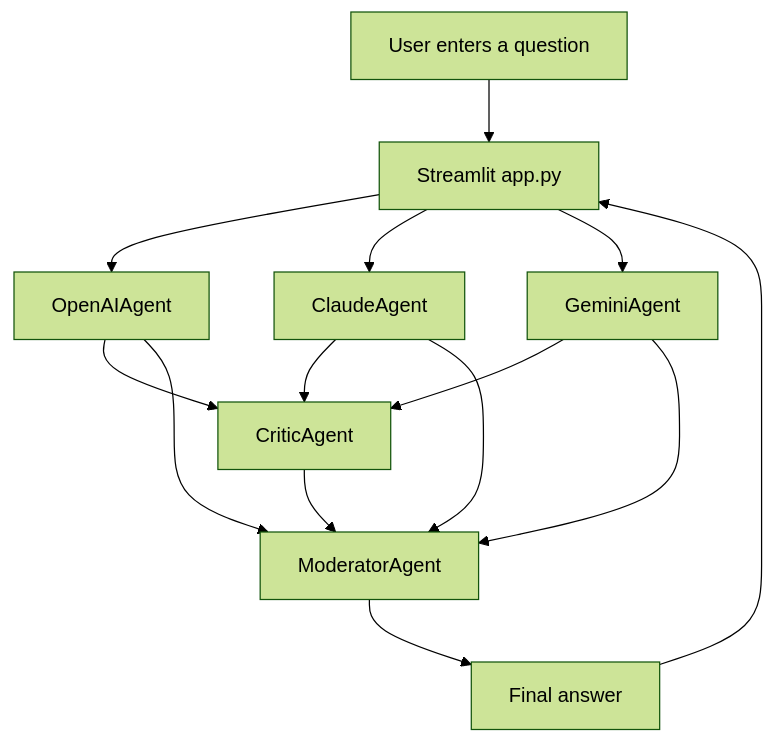
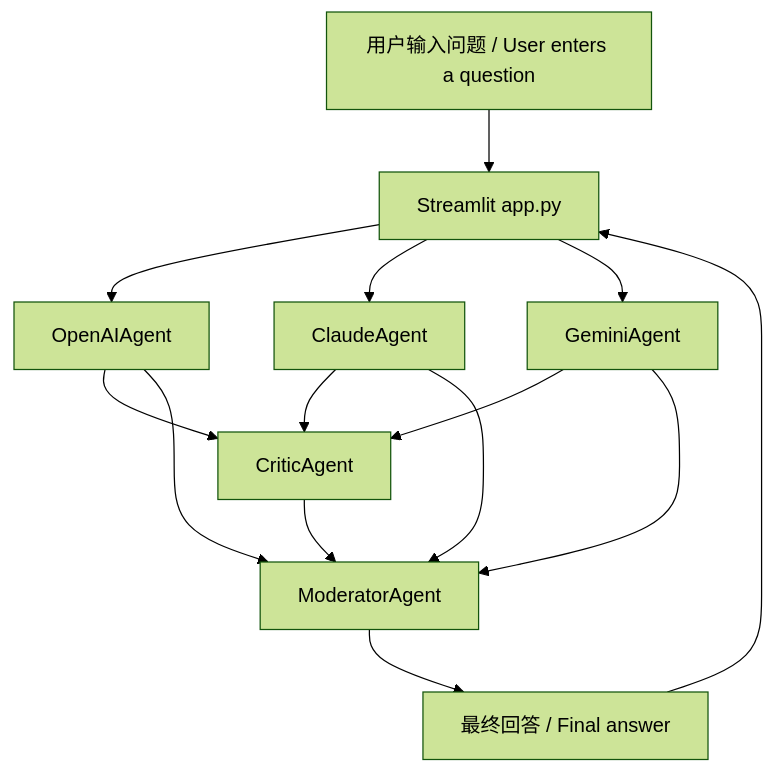
The diagram in docs/ARCHITECTURE.md (ZihanWG/multi-ai-room), drawn with Mermaid (forest theme) before and after one commit. The commit also changed other lines of this file and 10 other files, not shown here.

````diff
--- a/docs/ARCHITECTURE.md
+++ b/docs/ARCHITECTURE.md
@@ -11,16 +16,16 @@
 ```mermaid
 flowchart TD
-    User["User enters a question"] --> UI["Streamlit app.py"]
+    User["用户输入问题 / User enters a question"] --> UI["Streamlit app.py"]
     UI --> GPT["OpenAIAgent"]
     UI --> Claude["ClaudeAgent"]
     UI --> Gemini["GeminiAgent"]
     GPT --> Critic["CriticAgent"]
     Claude --> Critic
     Gemini --> Critic
     GPT --> Moderator["ModeratorAgent"]
     Claude --> Moderator
     Gemini --> Moderator
     Critic --> Moderator
-    Moderator --> Result["Final answer"]
+    Moderator --> Result["最终回答 / Final answer"]
     Result --> UI
 ```
````
